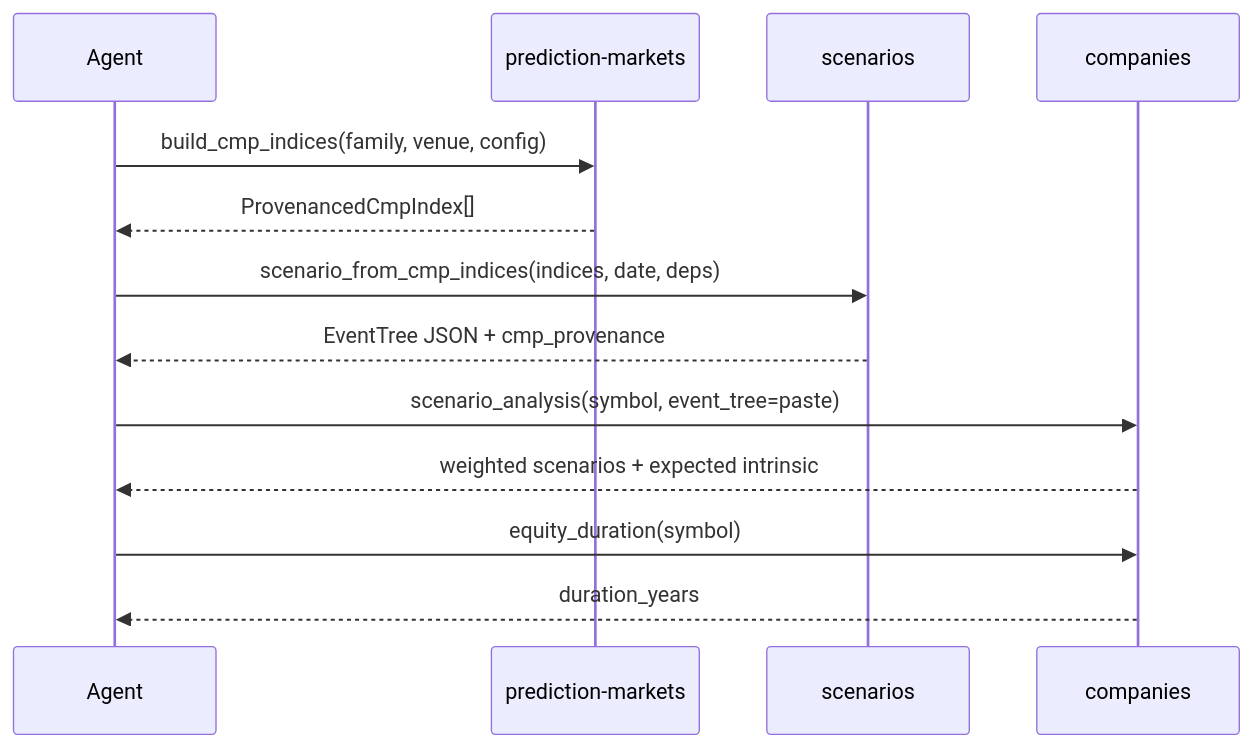
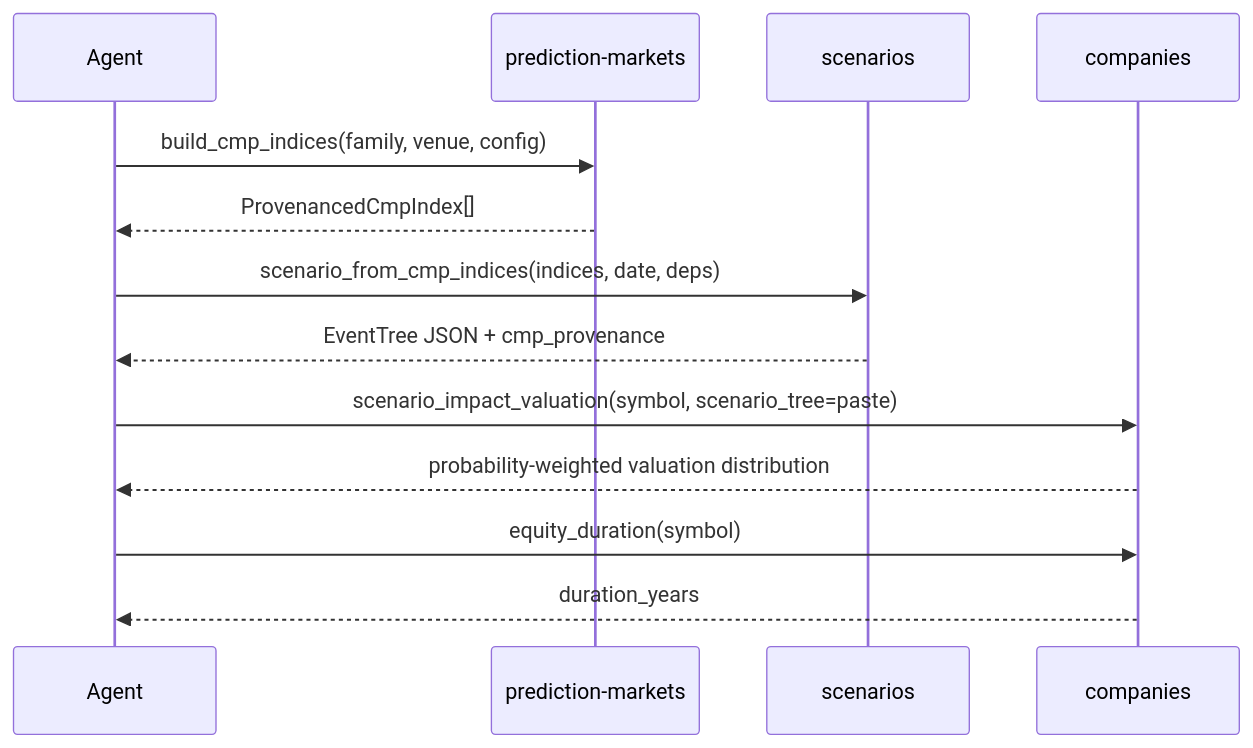
The fourth of 4 diagrams in kask/docs/diagrams/mcp-dispatch.md (mdz-axo/zed-kask), drawn with Mermaid before and after one commit. The commit also changed other lines of this file and 35 other files, not shown here.

````diff
--- a/kask/docs/diagrams/mcp-dispatch.md
+++ b/kask/docs/diagrams/mcp-dispatch.md
@@ -171,19 +171,19 @@
 ```mermaid
 sequenceDiagram
     participant Agent
     participant PM as prediction-markets
     participant Scen as scenarios
     participant Comp as companies
 
     Agent->>PM: build_cmp_indices(family, venue, config)
     PM-->>Agent: ProvenancedCmpIndex[]
 
     Agent->>Scen: scenario_from_cmp_indices(indices, date, deps)
     Scen-->>Agent: EventTree JSON + cmp_provenance
 
-    Agent->>Comp: scenario_analysis(symbol, event_tree=paste)
-    Comp-->>Agent: weighted scenarios + expected intrinsic
+    Agent->>Comp: scenario_impact_valuation(symbol, scenario_tree=paste)
+    Comp-->>Agent: probability-weighted valuation distribution
 
     Agent->>Comp: equity_duration(symbol)
     Comp-->>Agent: duration_years
 ```
````
